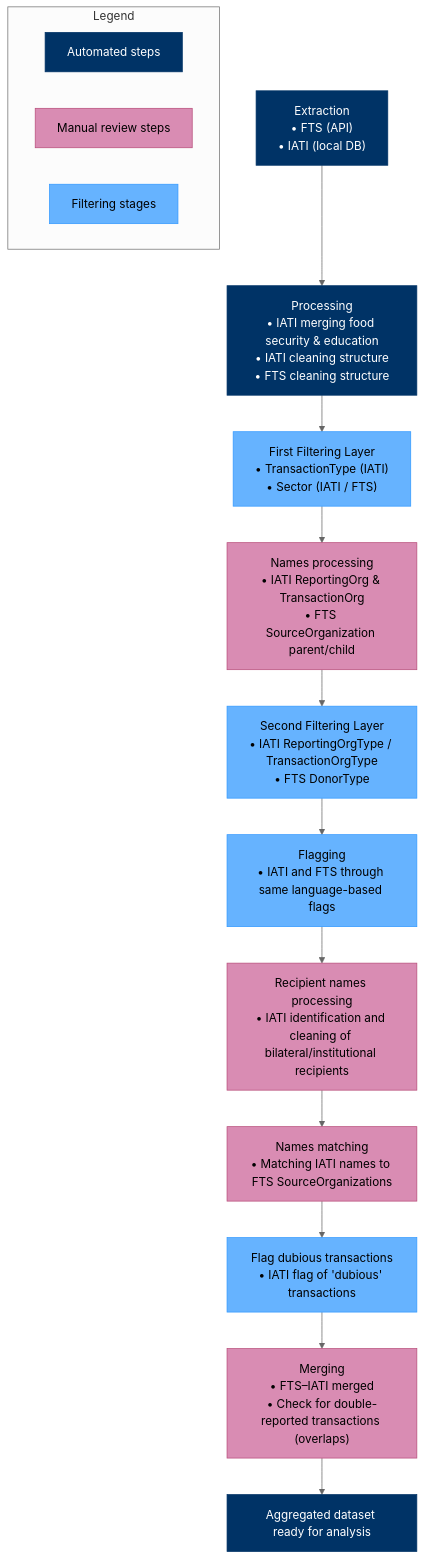
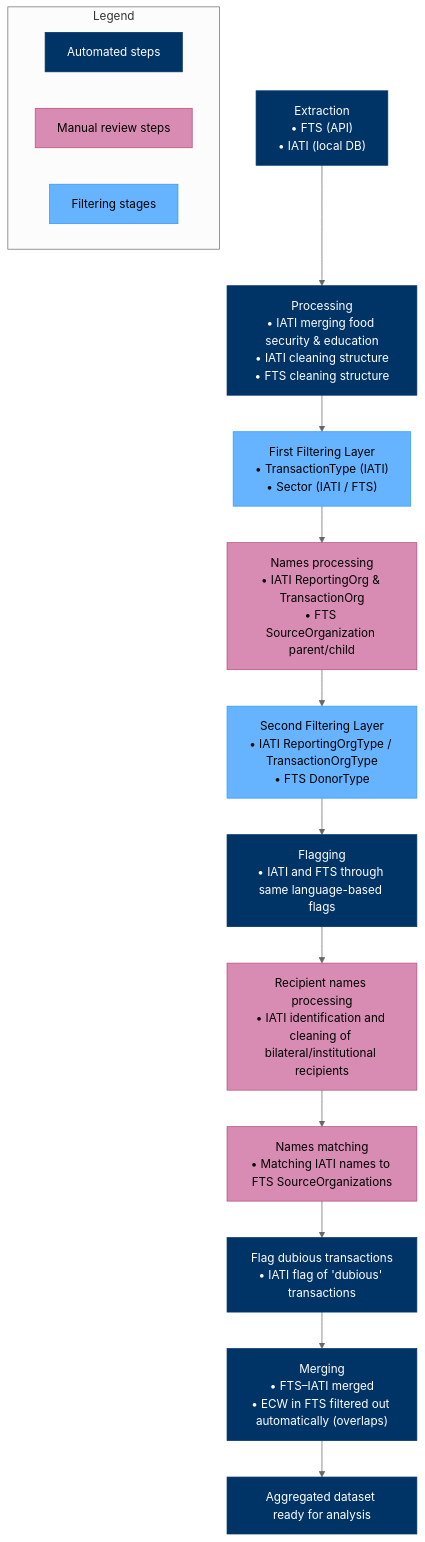
One commit to Dorianeve/EiEPC-Financing-Tracking changed the diagram in README.md. Above: the diagram before and after it, drawn with Mermaid (neutral theme).

````diff
--- a/README.md
+++ b/README.md
@@ -228,35 +228,35 @@
 ``` mermaid
 flowchart TD
   %% ==== CLASS DEFINITIONS ====
   classDef darkblue fill:#003366,stroke:#003366,color:#ffffff,fontWeight:bold;
   classDef lightblue fill:#66b3ff,stroke:#3399ff,color:#000000;
   classDef pink fill:#d98cb3,stroke:#b84d7a,color:#000000;
 
   %% ==== ROW 1 ====
   A["Extraction<br/>• FTS (API)<br/>• IATI (local DB)"]:::darkblue --> 
   B["Processing<br/>• IATI merging food security & education<br/>• IATI cleaning structure<br/>• FTS cleaning structure"]:::darkblue -->
   C["First Filtering Layer<br/>• TransactionType (IATI)<br/>• Sector (IATI / FTS)"]:::lightblue -->
   D["Names processing<br/>• IATI ReportingOrg & TransactionOrg<br/>• FTS SourceOrganization parent/child"]:::pink
 
   %% ==== ROW 2 ====
   E["Second Filtering Layer<br/>• IATI ReportingOrgType / TransactionOrgType<br/>• FTS DonorType"]:::lightblue -->
-  F["Flagging<br/>• IATI and FTS through same language-based flags"]:::lightblue -->
+  F["Flagging<br/>• IATI and FTS through same language-based flags"]:::darkblue -->
   G["Recipient names processing<br/>• IATI identification and cleaning of bilateral/institutional recipients"]:::pink -->
   H["Names matching<br/>• Matching IATI names to FTS SourceOrganizations"]:::pink
 
   %% ==== ROW 3 ====
-  I["Flag dubious transactions<br/>• IATI flag of 'dubious' transactions"]:::lightblue -->
-  J["Merging<br/>• FTS–IATI merged<br/>• Check for double-reported transactions (overlaps)"]:::pink -->
+  I["Flag dubious transactions<br/>• IATI flag of 'dubious' transactions"]:::darkblue -->
+  J["Merging<br/>• FTS–IATI merged<br/>• ECW in FTS filtered out automatically (overlaps)"]:::darkblue -->
   K["Aggregated dataset ready for analysis"]:::darkblue
 
   %% ==== FLOW CONNECTIONS BETWEEN ROWS ====
   D --> E
   H --> I
 
   %% ==== LEGEND ====
   subgraph Legend
     L1["Automated steps"]:::darkblue
     L2["Manual review steps"]:::pink
     L3["Filtering stages"]:::lightblue
   end
 ```
````
